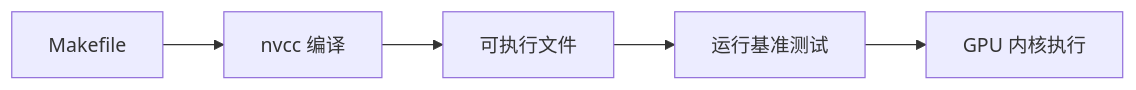
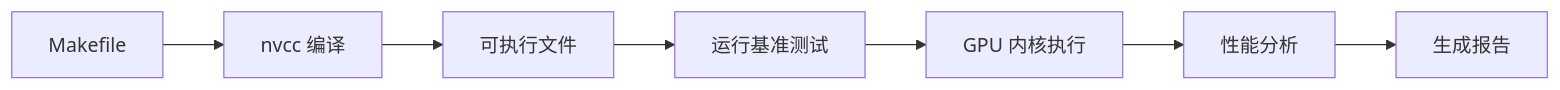
One commit to Bitllion/gemm_benchmark changed the fourth of 4 diagrams in .qoder/repowiki/zh/content/技术实现/GEMM算法实现.md. Above: the diagram before and after it, drawn with Mermaid. The commit also changed other lines of this file and 5 other files, not shown here.

````diff
--- a/.qoder/repowiki/zh/content/技术实现/GEMM算法实现.md
+++ b/.qoder/repowiki/zh/content/技术实现/GEMM算法实现.md
@@ -203,7 +237,9 @@
 ```mermaid
 graph LR
 M["Makefile"] --> CC["nvcc 编译"]
 CC --> EXE["可执行文件"]
 EXE --> RUN["运行基准测试"]
 RUN --> GPU["GPU 内核执行"]
+GPU --> PERF["性能分析"]
+PERF --> REPORT["生成报告"]
 ```
````
